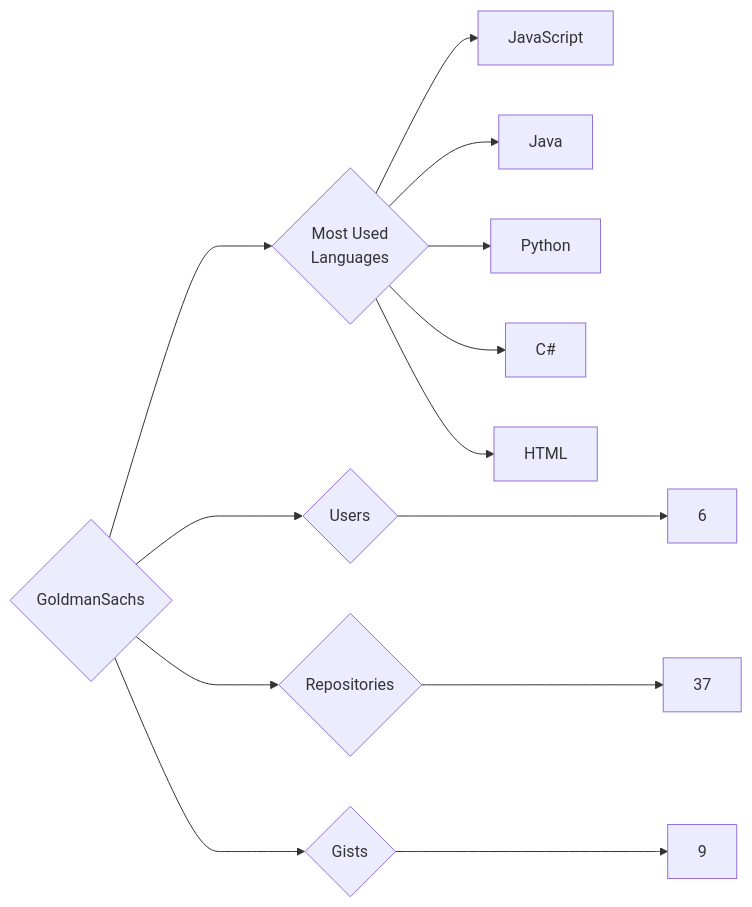
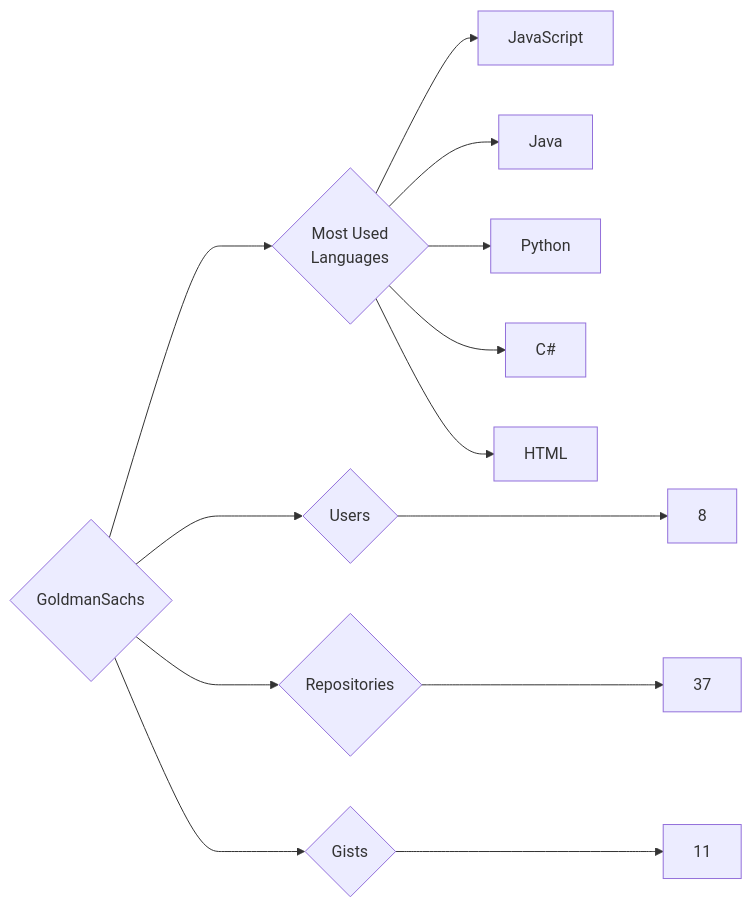
One commit to trickest/insiders changed the diagram in targets/GoldmanSachs/README.md. Above: the diagram before and after it, drawn with Mermaid. The commit also changed 1036 other files, not shown here.

````diff
--- a/targets/GoldmanSachs/README.md
+++ b/targets/GoldmanSachs/README.md
@@ -3,13 +3,13 @@
 ```mermaid
 graph LR
 COMPANY_NAME{GoldmanSachs}
-COMPANY_NAME ---> U{Users} ---> UN[6]
+COMPANY_NAME ---> U{Users} ---> UN[8]
 COMPANY_NAME ---> R{Repositories} ---> RN[37]
-COMPANY_NAME ---> G{Gists} ---> GN[9]
+COMPANY_NAME ---> G{Gists} ---> GN[11]
 COMPANY_NAME ---> ML{Most Used<br>Languages}
 ML --> JavaScript[JavaScript]
 ML --> Java[Java]
 ML --> Python[Python]
 ML --> C#[C#]
 ML --> HTML[HTML]
 ```
````
